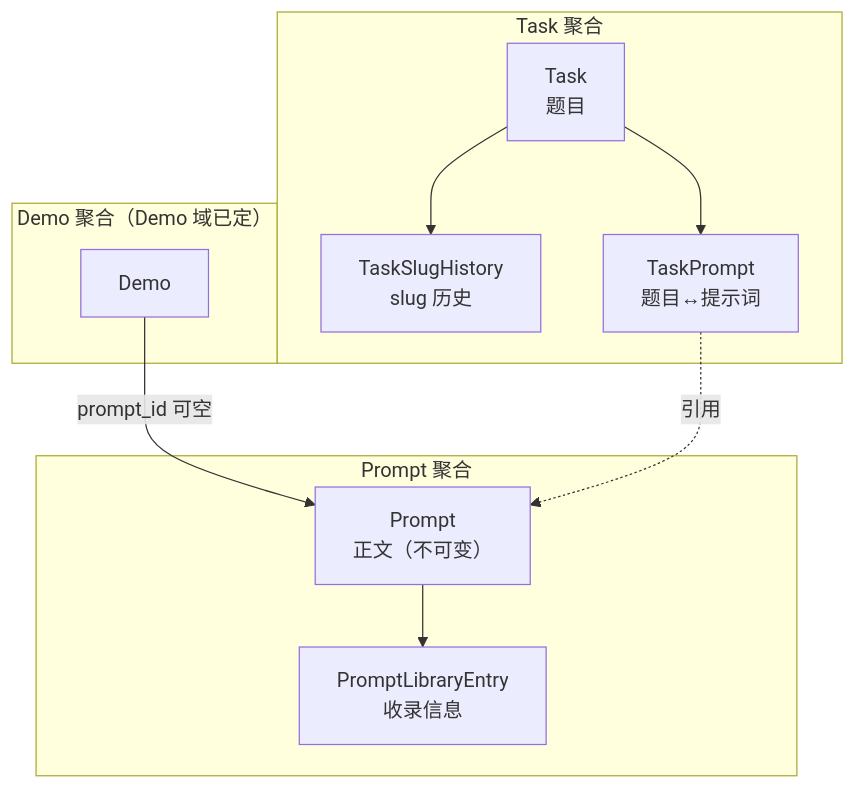
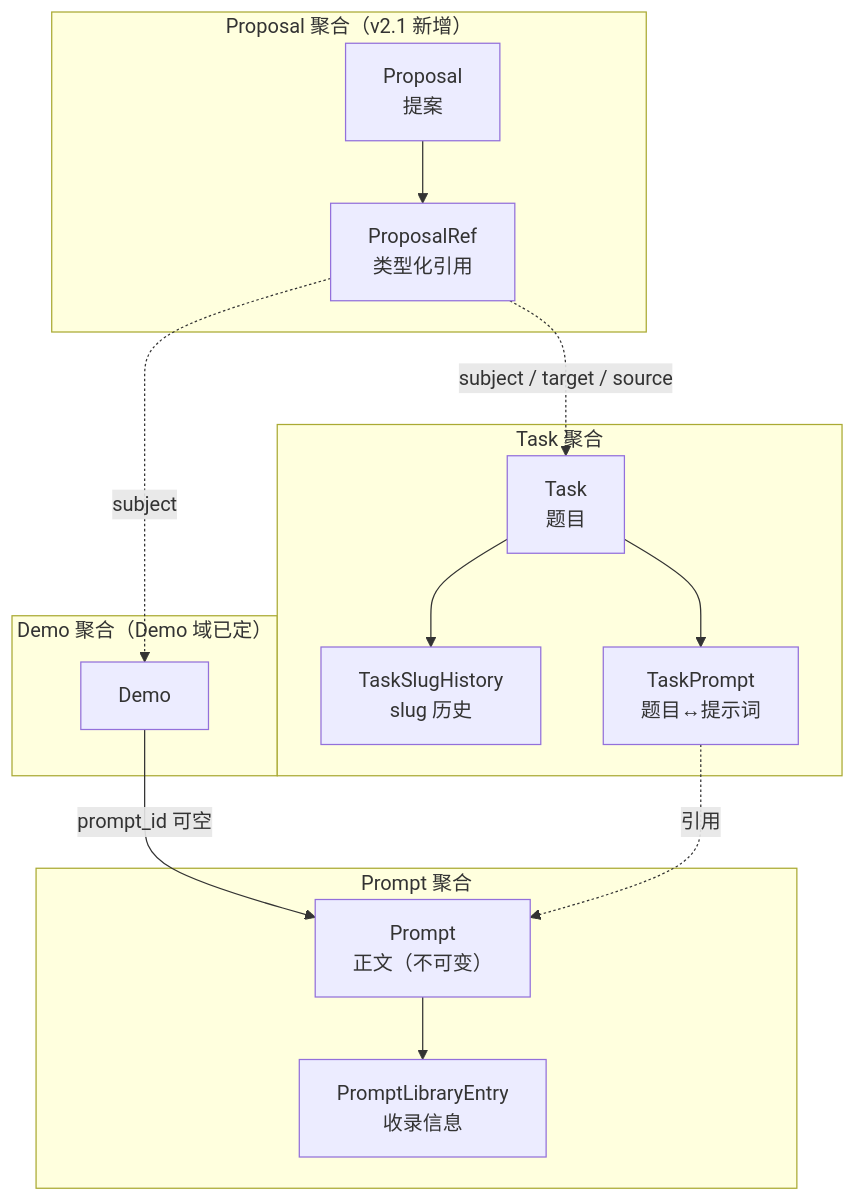
The third of 6 diagrams in docs/实体域数据结构设计.md (deepdemos/ds-demos-showcase), drawn with Mermaid before and after one commit. The commit also changed other lines of this file and 1 other file, not shown here.

````diff
--- a/docs/实体域数据结构设计.md
+++ b/docs/实体域数据结构设计.md
@@ -163,20 +177,27 @@
 ```mermaid
 flowchart TB
     subgraph T["Task 聚合"]
         TK["Task<br/>题目"]
         TSH["TaskSlugHistory<br/>slug 历史"]
         TP["TaskPrompt<br/>题目↔提示词"]
         TK --> TSH
         TK --> TP
     end
     subgraph P["Prompt 聚合"]
         PR["Prompt<br/>正文（不可变）"]
         PLE["PromptLibraryEntry<br/>收录信息"]
         PR --> PLE
     end
     subgraph D["Demo 聚合（Demo 域已定）"]
         DM["Demo"]
         DM -->|"prompt_id 可空"| PR
     end
+    subgraph G["Proposal 聚合（v2.1 新增）"]
+        PP["Proposal<br/>提案"]
+        PRF["ProposalRef<br/>类型化引用"]
+        PP --> PRF
+    end
     TP -.->|"引用"| PR
+    PRF -.->|"subject / target / source"| TK
+    PRF -.->|"subject"| DM
 ```
````
